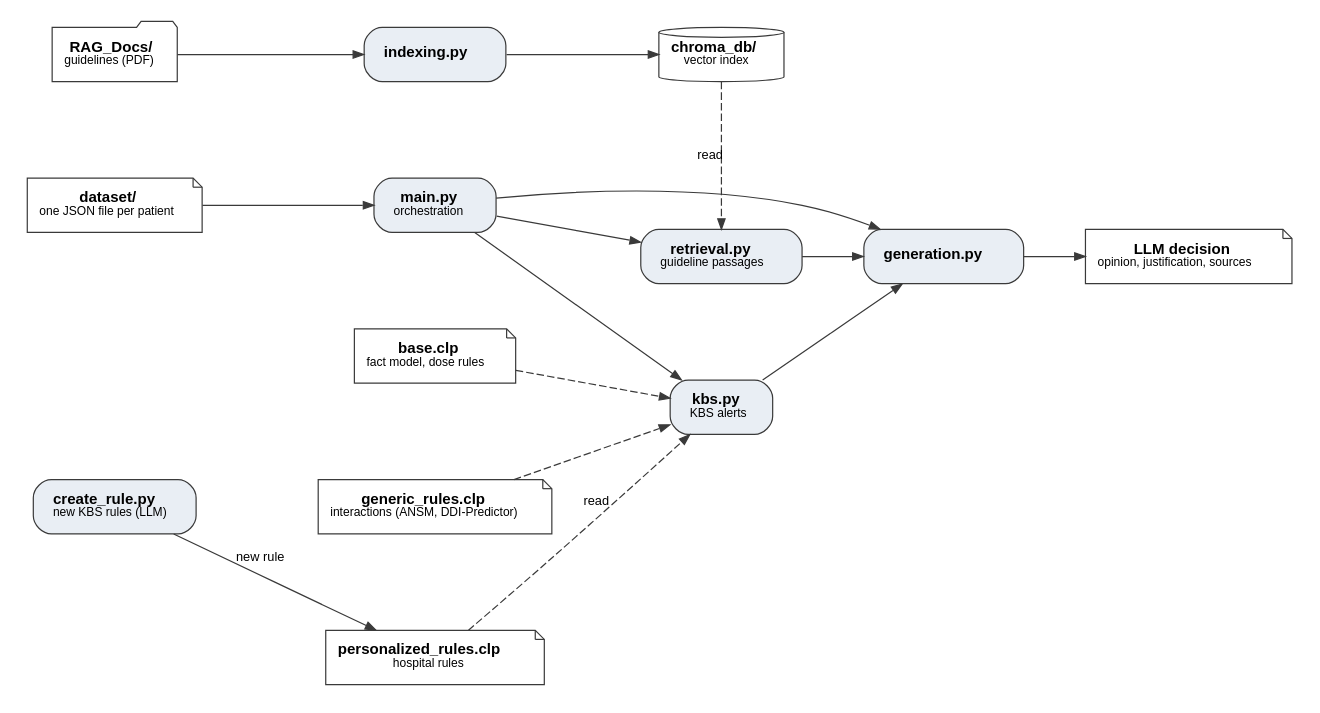
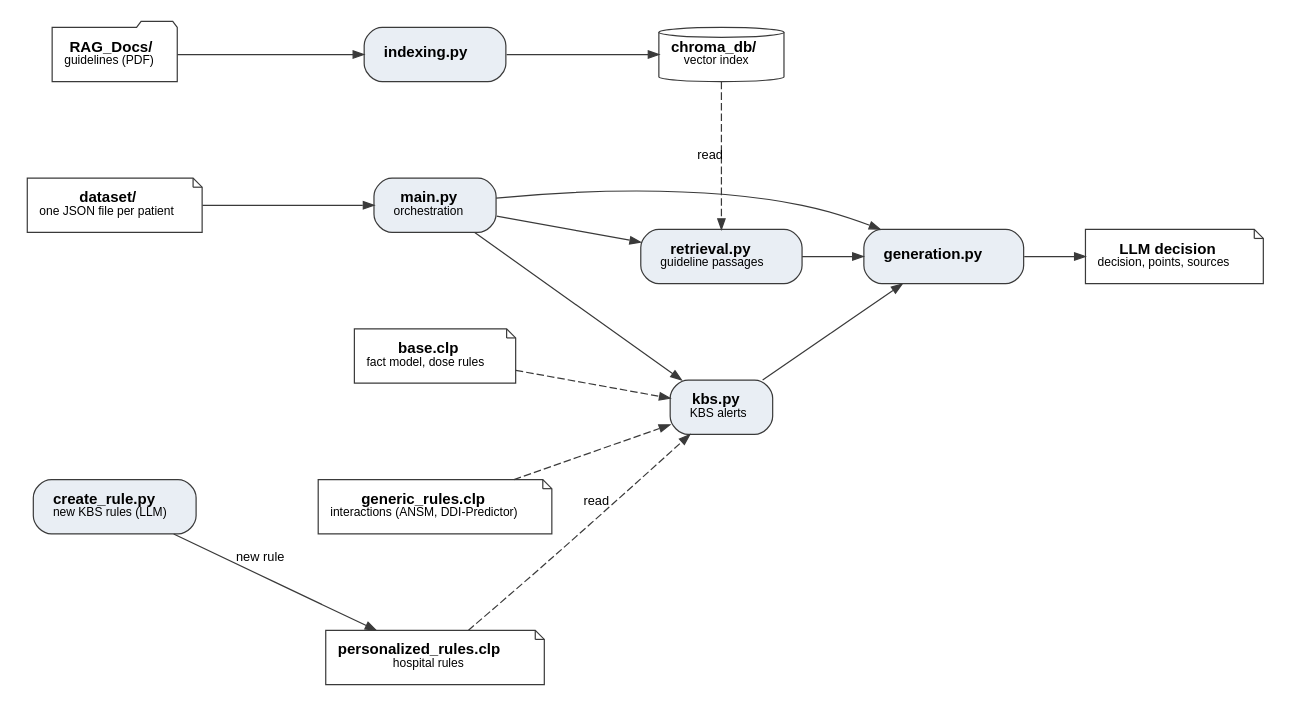
One commit to naikenisen/projet_pui changed the diagram in paper/figures_en/figure_1.dot. Above: the diagram before and after it, drawn with Graphviz. The commit also changed 9 other files, not shown here.

```diff
--- a/paper/figures_en/figure_1.dot
+++ b/paper/figures_en/figure_1.dot
@@ -1,49 +1,49 @@
 // Figure 1 : architecture du pipeline ; export : dot -Tpdf figure_1.dot -o figure_1.pdf
 digraph architecture {
     graph [rankdir=LR, fontname="Helvetica", nodesep=0.45, ranksep=0.55, pad=0.15, newrank=true];
     node  [fontname="Helvetica", fontsize=10, color="#3A3A3A", penwidth=0.8];
     edge  [fontname="Helvetica", fontsize=8.5, color="#3A3A3A", arrowsize=0.7, penwidth=0.8];
 
     node [shape=folder, style=filled, fillcolor="#FFFFFF"];
     base     [label=<<B>RAG_Docs/</B><BR/><FONT POINT-SIZE="8.5">guidelines (PDF)</FONT>>];
     patients [shape=note, label=<<B>dataset/</B><BR/><FONT POINT-SIZE="8.5">one JSON file per patient</FONT>>];
     chroma   [shape=cylinder, label=<<B>chroma_db/</B><BR/><FONT POINT-SIZE="8.5">vector index</FONT>>];
-    decision [shape=note, label=<<B>LLM decision</B><BR/><FONT POINT-SIZE="8.5">opinion, justification, sources</FONT>>];
+    decision [shape=note, label=<<B>LLM decision</B><BR/><FONT POINT-SIZE="8.5">decision, points, sources</FONT>>];
     base_clp           [shape=note, label=<<B>base.clp</B><BR/><FONT POINT-SIZE="8.5">fact model, dose rules</FONT>>];
     generic_rules      [shape=note, label=<<B>generic_rules.clp</B><BR/><FONT POINT-SIZE="8.5">interactions (ANSM, DDI-Predictor)</FONT>>];
     personalized_rules [shape=note, label=<<B>personalized_rules.clp</B><BR/><FONT POINT-SIZE="8.5">hospital rules</FONT>>];
 
     node [shape=box, style="rounded,filled", fillcolor="#E9EEF4", margin="0.18,0.08"];
     indexing [label=<<B>indexing.py</B>>];
     main       [label=<<B>main.py</B><BR/><FONT POINT-SIZE="8.5">orchestration</FONT>>];
     retrieval      [label=<<B>retrieval.py</B><BR/><FONT POINT-SIZE="8.5">guideline passages</FONT>>];
     kbs        [label=<<B>kbs.py</B><BR/><FONT POINT-SIZE="8.5">KBS alerts</FONT>>];
     generation [label=<<B>generation.py</B>>];
     create_rule [label=<<B>create_rule.py</B><BR/><FONT POINT-SIZE="8.5">new KBS rules (LLM)</FONT>>];
 
     { rank=same; base; patients; create_rule; }
     { rank=same; indexing; main; base_clp; generic_rules; personalized_rules; }
     { rank=same; chroma; retrieval; kbs; }
 
     // Invisible edges keep the vertical order: RAG on top, rules at the bottom
     edge [style=invis];
     base -> patients -> create_rule;
     indexing -> main -> base_clp -> generic_rules -> personalized_rules;
     chroma -> retrieval -> kbs;
     edge [style=solid];
 
     base -> indexing -> chroma;
     chroma -> retrieval [style=dashed, label="read"];
 
     patients -> main;
     main -> generation;
     main -> retrieval;
     main -> kbs;
     retrieval -> generation;
     kbs -> generation;
     create_rule -> personalized_rules [label="new rule"];
     base_clp -> kbs [style=dashed];
     generic_rules -> kbs [style=dashed];
     personalized_rules -> kbs [style=dashed, label="read"];
     generation -> decision;
 }
```
